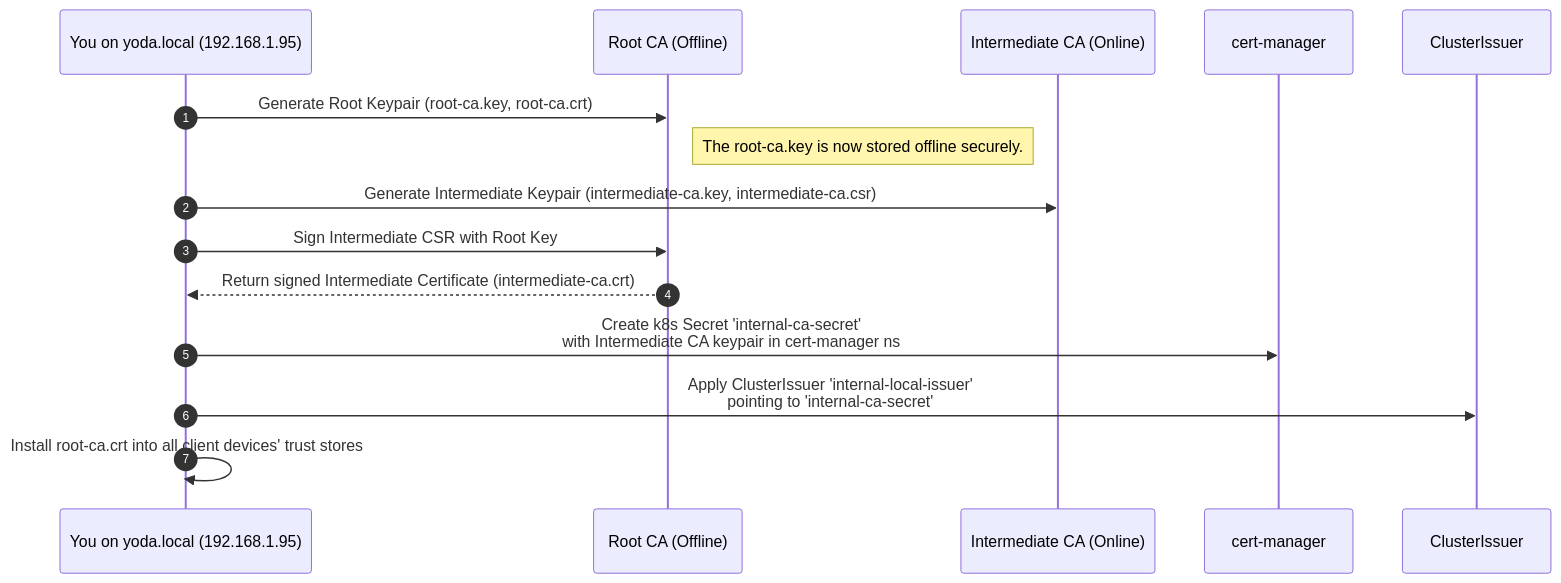
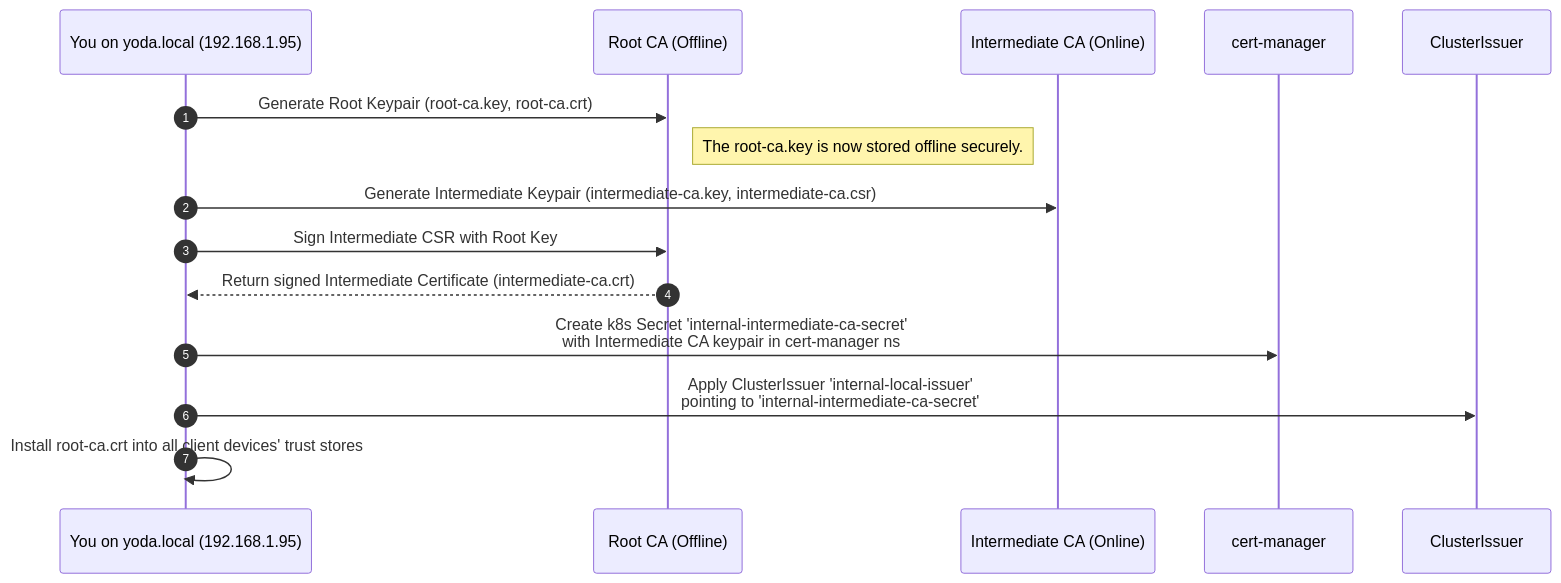
The second of 8 diagrams in memory-bank/2025-08-12-internal-pki-and-https-flow.md (seadogger-tech/seadogger-homelab), drawn with Mermaid before and after one commit. The commit also changed other lines of this file and 8 other files, not shown here.

Commit message:
Install cert-manager

````diff
--- a/memory-bank/2025-08-12-internal-pki-and-https-flow.md
+++ b/memory-bank/2025-08-12-internal-pki-and-https-flow.md
@@ -31,20 +68,20 @@
 ```mermaid
 sequenceDiagram
     autonumber
     participant Admin as You on yoda.local (192.168.1.95)
     participant RootCA as Root CA (Offline)
     participant IntCA as Intermediate CA (Online)
     participant CM as cert-manager
     participant CI as ClusterIssuer
 
     Admin->>RootCA: Generate Root Keypair (root-ca.key, root-ca.crt)
     Note right of RootCA: The root-ca.key is now stored offline securely.
 
     Admin->>IntCA: Generate Intermediate Keypair (intermediate-ca.key, intermediate-ca.csr)
     Admin->>RootCA: Sign Intermediate CSR with Root Key
     RootCA-->>Admin: Return signed Intermediate Certificate (intermediate-ca.crt)
 
-    Admin->>CM: Create k8s Secret 'internal-ca-secret'<br>with Intermediate CA keypair in cert-manager ns
-    Admin->>CI: Apply ClusterIssuer 'internal-local-issuer'<br>pointing to 'internal-ca-secret'
+    Admin->>CM: Create k8s Secret 'internal-intermediate-ca-secret'<br>with Intermediate CA keypair in cert-manager ns
+    Admin->>CI: Apply ClusterIssuer 'internal-local-issuer'<br>pointing to 'internal-intermediate-ca-secret'
     Admin->>Admin: Install root-ca.crt into all client devices' trust stores
 ```
````
